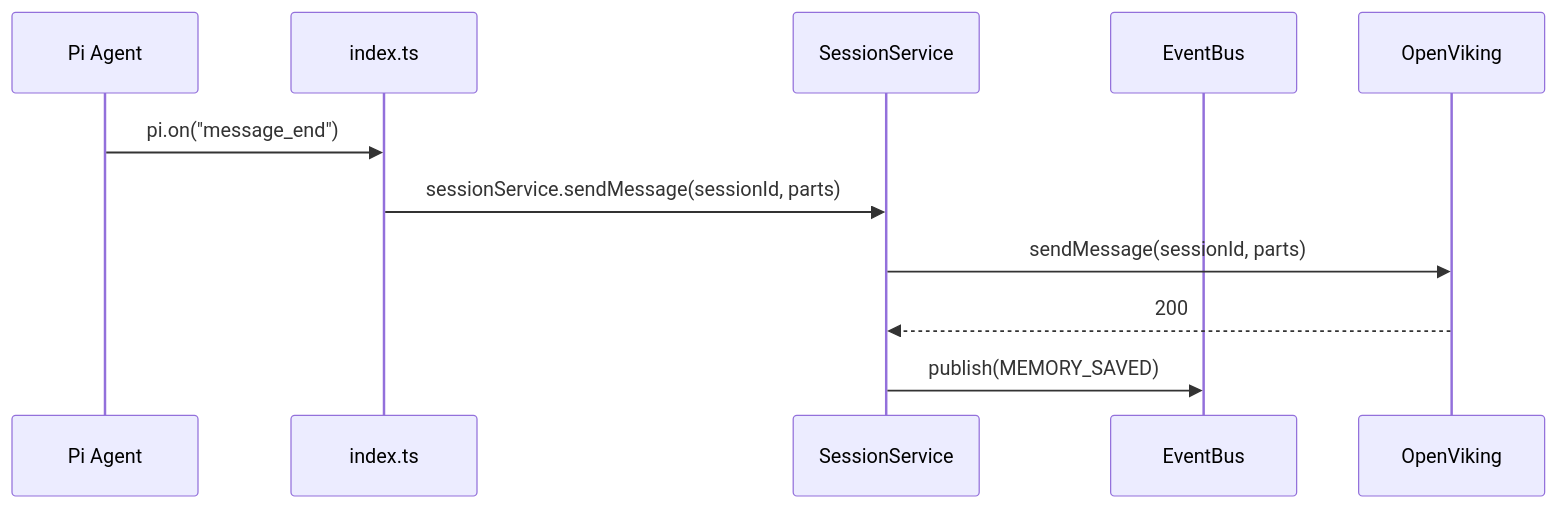
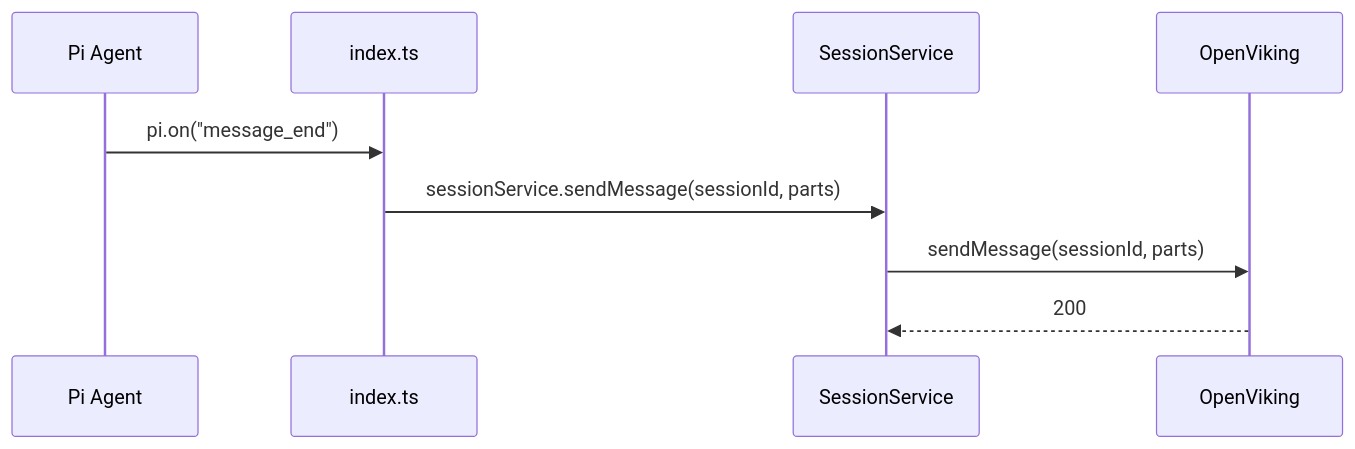
The third of 3 diagrams in docs/01-ARQUITETURA.md (4cya/pi-openviking), drawn with Mermaid before and after one commit. The commit also changed other lines of this file and 34 other files, not shown here.

````diff
--- a/docs/01-ARQUITETURA.md
+++ b/docs/01-ARQUITETURA.md
@@ -456,14 +448,12 @@
 ```mermaid
 sequenceDiagram
     participant Pi as Pi Agent
     participant Index as index.ts
     participant Svc as SessionService
-    participant Bus as EventBus
     participant OV as OpenViking
 
     Pi->>Index: pi.on("message_end")
     Index->>Svc: sessionService.sendMessage(sessionId, parts)
     Svc->>OV: sendMessage(sessionId, parts)
     OV-->>Svc: 200
-    Svc->>Bus: publish(MEMORY_SAVED)
 ```
````
